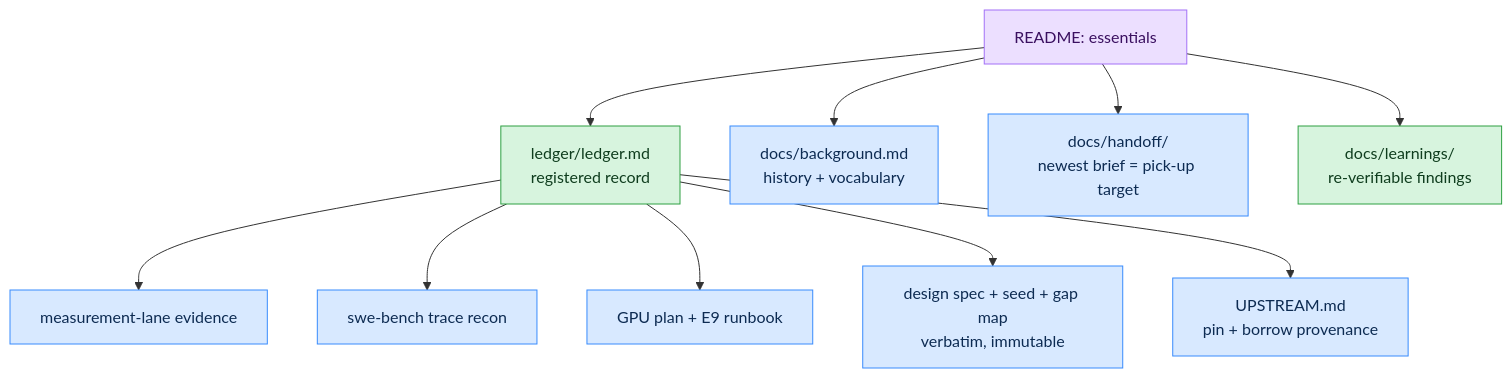
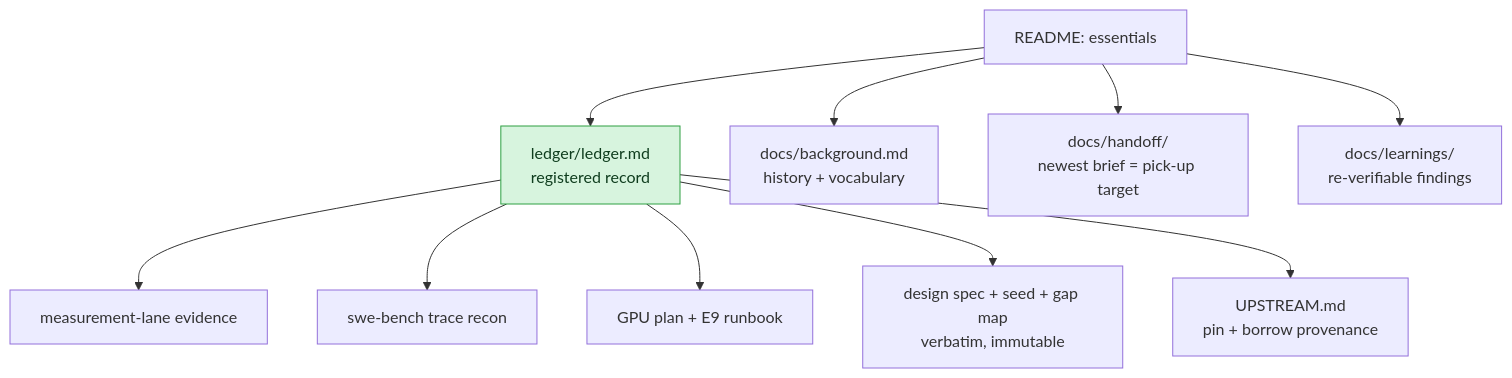
Before and after one commit to hossainpazooki/linear-ceiling: the seventh of 7 diagrams in README.md, drawn with Mermaid. The commit also changed other lines of this file and 5 other files, not shown here.

Commit message:
docs: E0 scoping caveat in background; staleness audit across living docs; leaner diagram palette

````diff
--- a/README.md
+++ b/README.md
@@ -243,18 +223,14 @@
 ```mermaid
 flowchart TD
     README[README: essentials] --> LED[ledger/ledger.md<br/>registered record]
     README --> BG[docs/background.md<br/>history + vocabulary]
     README --> HOF[docs/handoff/<br/>newest brief = pick-up target]
     README --> LRN[docs/learnings/<br/>re-verifiable findings]
     LED --> EV[measurement-lane evidence]
     LED --> RECON[swe-bench trace recon]
     LED --> PLAN[GPU plan + E9 runbook]
     LED --> SPEC[design spec + seed + gap map<br/>verbatim, immutable]
     LED --> UP[UPSTREAM.md<br/>pin + borrow provenance]
-    classDef here fill:#ecdfff,stroke:#a371f7,color:#3a1060;
     classDef record fill:#d7f4de,stroke:#2ea043,color:#0f3d1e;
-    classDef doc fill:#d8e9ff,stroke:#388bfd,color:#0d2b52;
-    class README here;
-    class LED,LRN record;
-    class BG,HOF,EV,RECON,PLAN,SPEC,UP doc;
+    class LED record;
 ```
````
